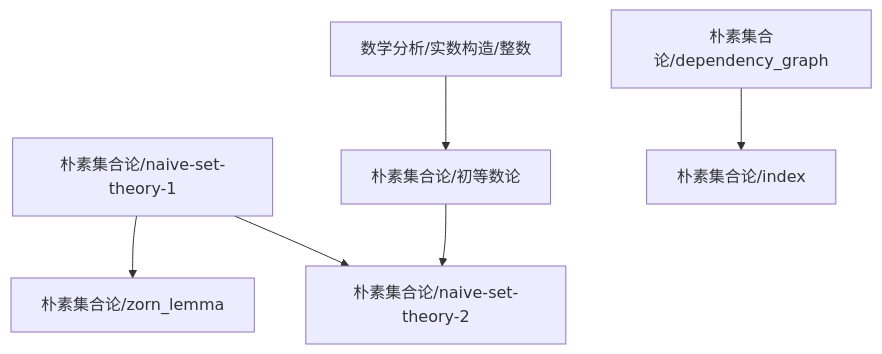
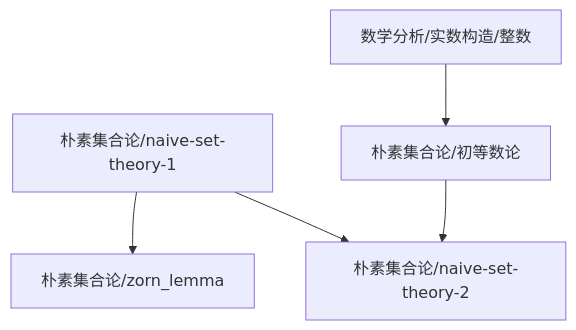
One commit to zeroDtree/zeroDtree.github.io changed the diagram in content/朴素集合论/dependency_graph.md. Above: the diagram before and after it, drawn with Mermaid. The commit also changed 17 other files, not shown here.

````diff
--- a/content/朴素集合论/dependency_graph.md
+++ b/content/朴素集合论/dependency_graph.md
@@ -1,8 +1,7 @@
 ```mermaid
 graph TD
 1["朴素集合论/naive-set-theory-1"] --> 0["朴素集合论/zorn_lemma"]
 3["数学分析/实数构造/整数"] --> 2["朴素集合论/初等数论"]
-5["朴素集合论/dependency_graph"] --> 4["朴素集合论/index"]
-1["朴素集合论/naive-set-theory-1"] --> 6["朴素集合论/naive-set-theory-2"]
-2["朴素集合论/初等数论"] --> 6["朴素集合论/naive-set-theory-2"]
+1["朴素集合论/naive-set-theory-1"] --> 5["朴素集合论/naive-set-theory-2"]
+2["朴素集合论/初等数论"] --> 5["朴素集合论/naive-set-theory-2"]
 ```
````
